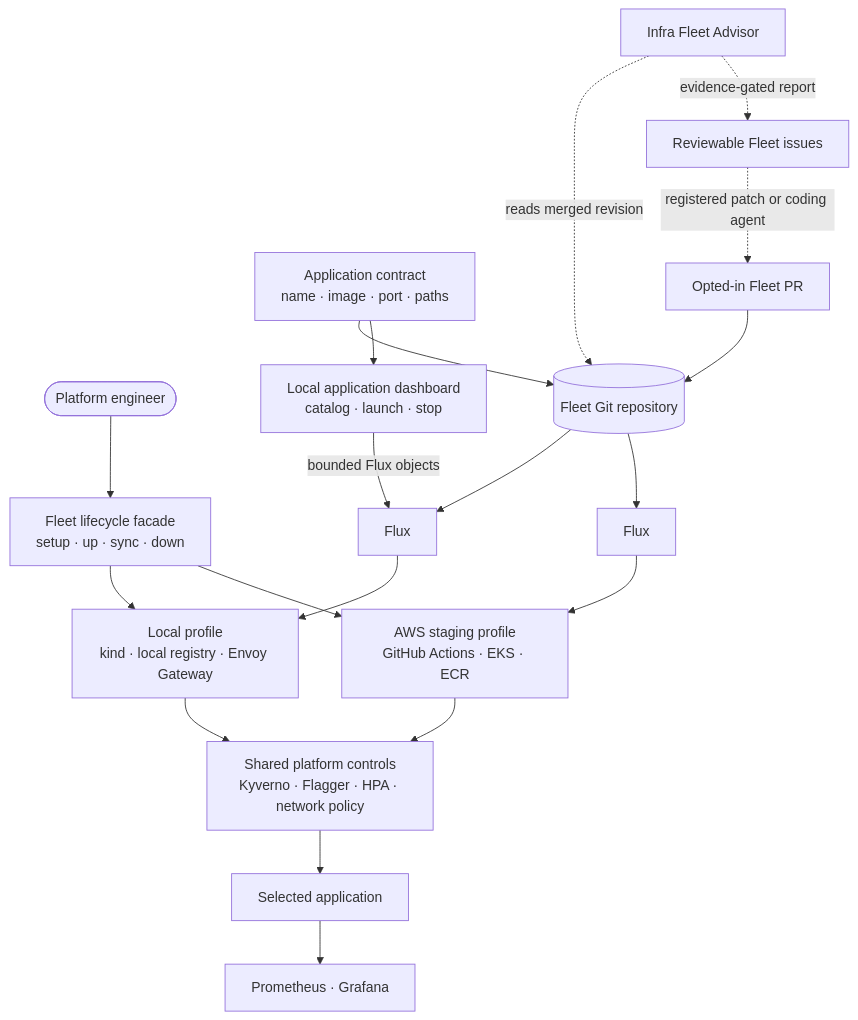
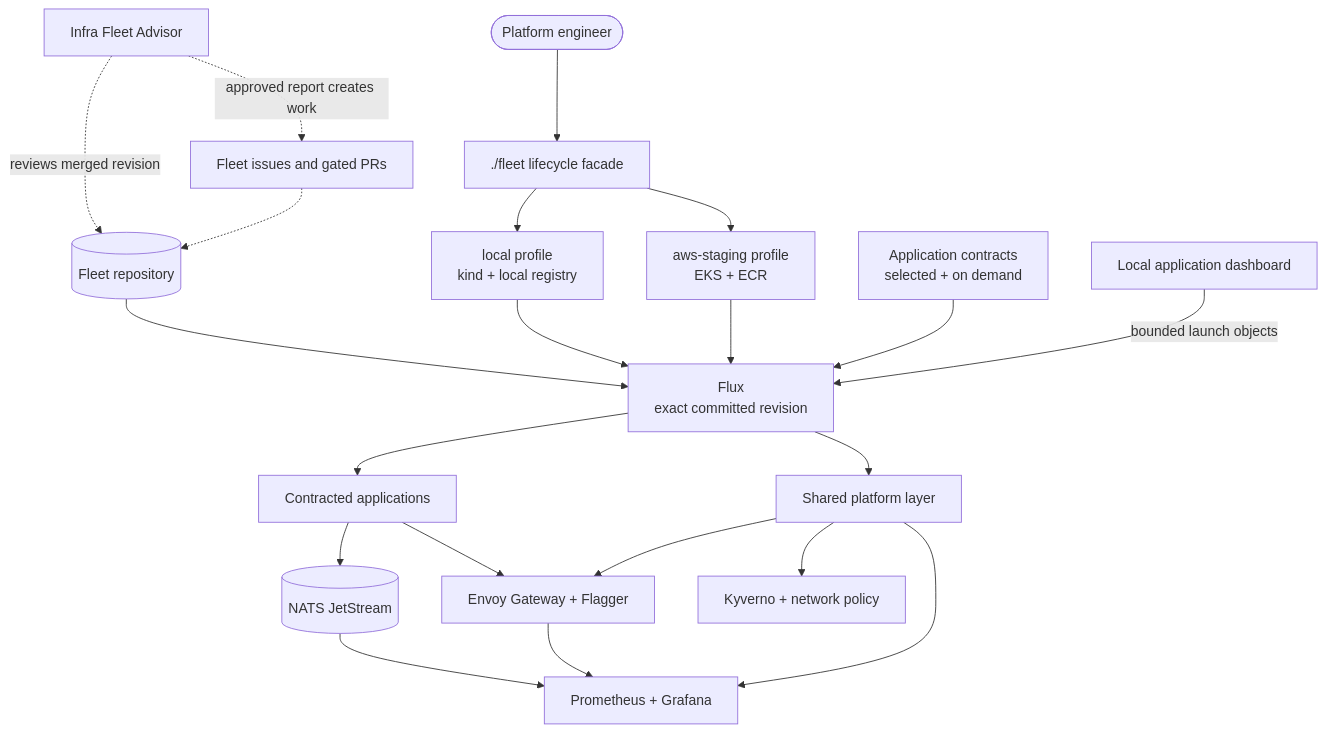
One commit to ImranAdan/infra-fleet-public changed the diagram in README.md. Above: the diagram before and after it, drawn with Mermaid. The commit also changed other lines of this file, not shown here.

Commit message:
docs: refresh platform overview

````diff
--- a/README.md
+++ b/README.md
@@ -134,24 +81,27 @@
 ```mermaid
 flowchart TB
-    Operator([Platform engineer]) --> CLI["Fleet lifecycle facade<br/>setup · up · sync · down"]
-    CLI --> Local["Local profile<br/>kind · local registry · Envoy Gateway"]
-    CLI --> AWS["AWS staging profile<br/>GitHub Actions · EKS · ECR"]
+    Engineer([Platform engineer]) --> CLI["./fleet lifecycle facade"]
+    CLI --> Local["local profile<br/>kind + local registry"]
+    CLI --> AWS["aws-staging profile<br/>EKS + ECR"]
 
-    Repo[(Fleet Git repository)] --> FluxLocal[Flux]
-    Repo --> FluxAWS[Flux]
-    FluxLocal --> Local
-    FluxAWS --> AWS
+    Git[(Fleet repository)] --> Flux["Flux<br/>exact committed revision"]
+    Local --> Flux
+    AWS --> Flux
 
-    Contract["Application contract<br/>name · image · port · paths"] --> Repo
-    Contract --> Control["Local application dashboard<br/>catalog · launch · stop"]
-    Control -->|bounded Flux objects| FluxLocal
-    Local --> Platform["Shared platform controls<br/>Kyverno · Flagger · HPA · network policy"]
-    AWS --> Platform
-    Platform --> App[Selected application]
-    App --> Signals["Prometheus · Grafana"]
+    Contracts["Application contracts<br/>selected + on demand"] --> Flux
+    Dashboard["Local application dashboard"] -->|bounded launch objects| Flux
+    Flux --> Apps["Contracted applications"]
+    Flux --> Platform["Shared platform layer"]
 
-    Advisor[Infra Fleet Advisor] -. reads merged revision .-> Repo
-    Advisor -. evidence-gated report .-> Work[Reviewable Fleet issues]
-    Work -. registered patch or coding agent .-> Fix[Opted-in Fleet PR]
-    Fix --> Repo
+    Platform --> Gateway["Envoy Gateway + Flagger"]
+    Platform --> Policy["Kyverno + network policy"]
+    Platform --> Signals["Prometheus + Grafana"]
+    Apps --> NATS[(NATS JetStream)]
+    Apps --> Gateway
+    NATS --> Signals
+    Gateway --> Signals
+
+    Advisor["Infra Fleet Advisor"] -.->|reviews merged revision| Git
+    Advisor -.->|approved report creates work| Issues["Fleet issues and gated PRs"]
+    Issues -.-> Git
 ```
````
